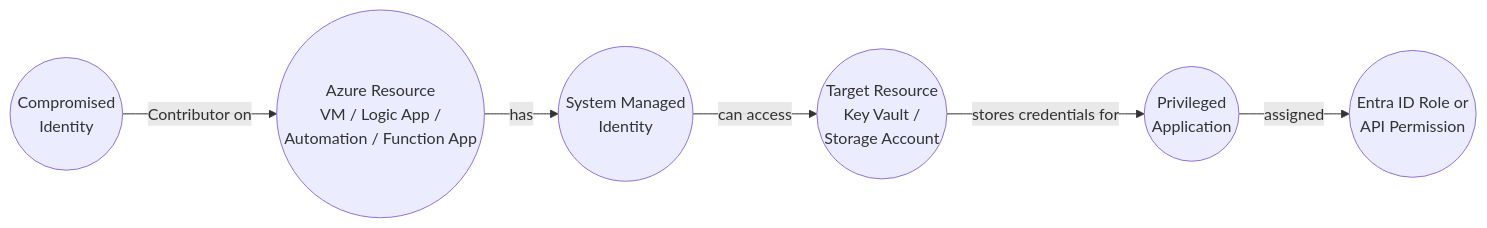
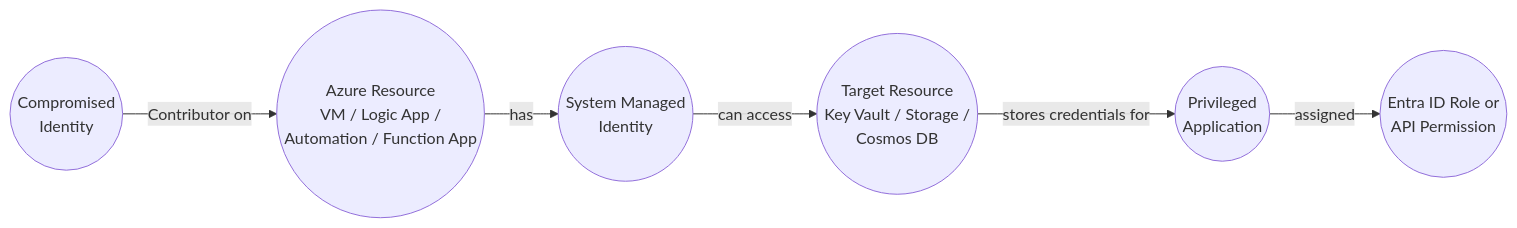
One commit to mvelazc0/BadZure changed the first of 10 diagrams in docs/attack-paths/managed-identity-theft.md. Above: the diagram before and after it, drawn with Mermaid. The commit also changed other lines of this file and 15 other files, not shown here.

````diff
--- a/docs/attack-paths/managed-identity-theft.md
+++ b/docs/attack-paths/managed-identity-theft.md
@@ -11,8 +11,8 @@
 ``` mermaid
 graph LR
     ID(("Compromised<br/>Identity")) -->|"Contributor on"| RES(("Azure Resource<br/>VM / Logic App /<br/>Automation / Function App"))
     RES -->|"has"| MI(("System Managed<br/>Identity"))
-    MI -->|"can access"| TGT(("Target Resource<br/>Key Vault /<br/>Storage Account"))
+    MI -->|"can access"| TGT(("Target Resource<br/>Key Vault / Storage /<br/>Cosmos DB"))
     TGT -->|"stores credentials for"| APP(("Privileged<br/>Application"))
     APP -->|"assigned"| PRIV(("Entra ID Role or<br/>API Permission"))
 ```
````
